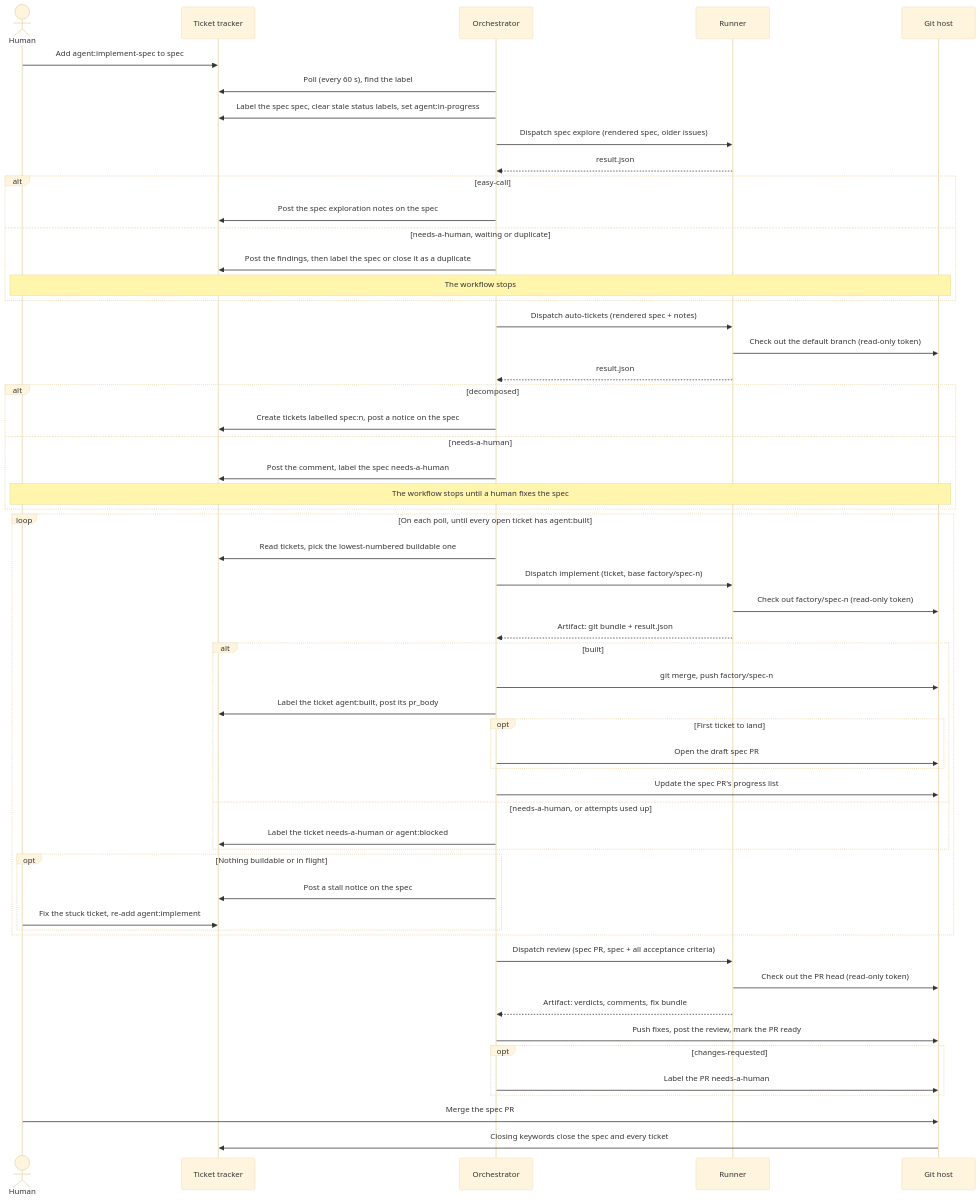
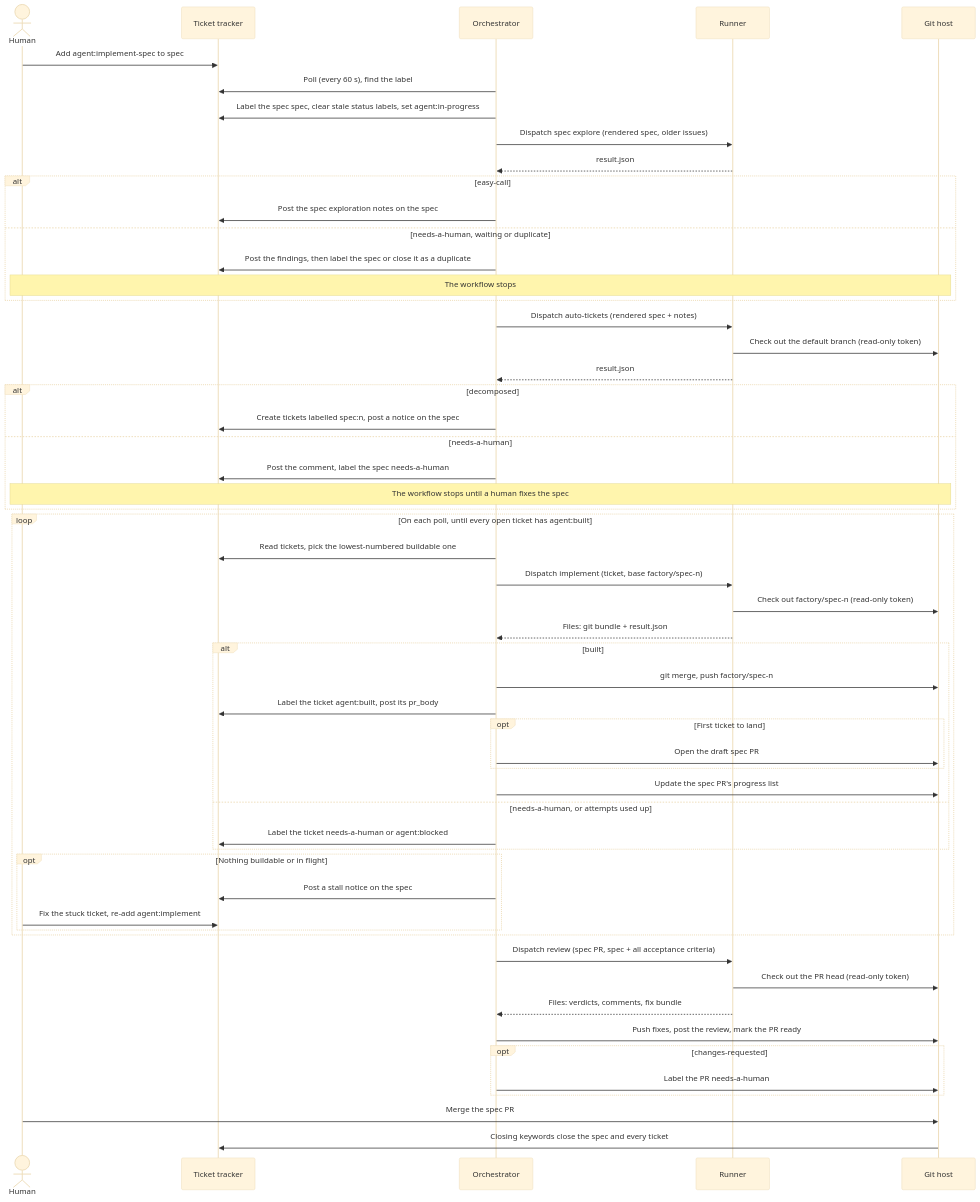
The diagram in docs/orchestrator.md (ScottMRedmond/swfactory), drawn with Mermaid (base theme) before and after one commit. The commit also changed other lines of this file and 1 other file, not shown here.

````diff
--- a/docs/orchestrator.md
+++ b/docs/orchestrator.md
@@ -221,60 +237,60 @@
 ```mermaid
 sequenceDiagram
     actor H as Human
     participant T as Ticket tracker
     participant O as Orchestrator
     participant R as Runner
     participant G as Git host
 
     H->>T: Add agent:implement-spec to spec #n
     O->>T: Poll (every 60 s), find the label
     O->>T: Label the spec spec, clear stale status labels, set agent:in-progress
     O->>R: Dispatch spec explore (rendered spec, older issues)
     R-->>O: result.json
     alt easy-call
         O->>T: Post the spec exploration notes on the spec
     else needs-a-human, waiting or duplicate
         O->>T: Post the findings, then label the spec or close it as a duplicate
         Note over H,G: The workflow stops
     end
     O->>R: Dispatch auto-tickets (rendered spec + notes)
     R->>G: Check out the default branch (read-only token)
     R-->>O: result.json
     alt decomposed
         O->>T: Create tickets labelled spec:n, post a notice on the spec
     else needs-a-human
         O->>T: Post the comment, label the spec needs-a-human
         Note over H,G: The workflow stops until a human fixes the spec
     end
 
     loop On each poll, until every open ticket has agent:built
         O->>T: Read tickets, pick the lowest-numbered buildable one
         O->>R: Dispatch implement (ticket, base factory/spec-n)
         R->>G: Check out factory/spec-n (read-only token)
-        R-->>O: Artifact: git bundle + result.json
+        R-->>O: Files: git bundle + result.json
         alt built
             O->>G: git merge, push factory/spec-n
             O->>T: Label the ticket agent:built, post its pr_body
             opt First ticket to land
                 O->>G: Open the draft spec PR
             end
             O->>G: Update the spec PR's progress list
         else needs-a-human, or attempts used up
             O->>T: Label the ticket needs-a-human or agent:blocked
         end
         opt Nothing buildable or in flight
             O->>T: Post a stall notice on the spec
             H->>T: Fix the stuck ticket, re-add agent:implement
         end
     end
 
     O->>R: Dispatch review (spec PR, spec + all acceptance criteria)
     R->>G: Check out the PR head (read-only token)
-    R-->>O: Artifact: verdicts, comments, fix bundle
+    R-->>O: Files: verdicts, comments, fix bundle
     O->>G: Push fixes, post the review, mark the PR ready
     opt changes-requested
         O->>G: Label the PR needs-a-human
     end
     H->>G: Merge the spec PR
     G->>T: Closing keywords close the spec and every ticket
 ```
````
